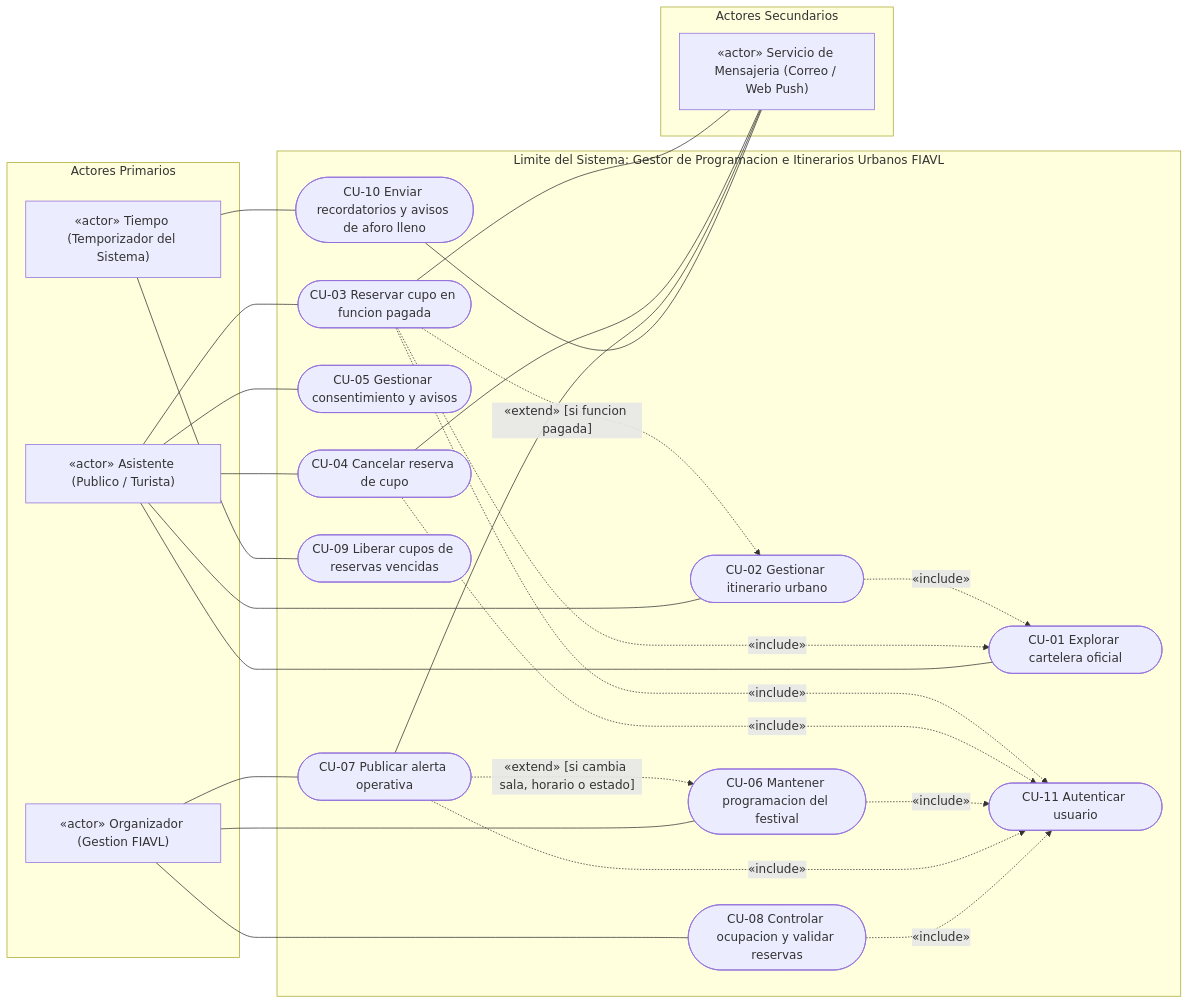
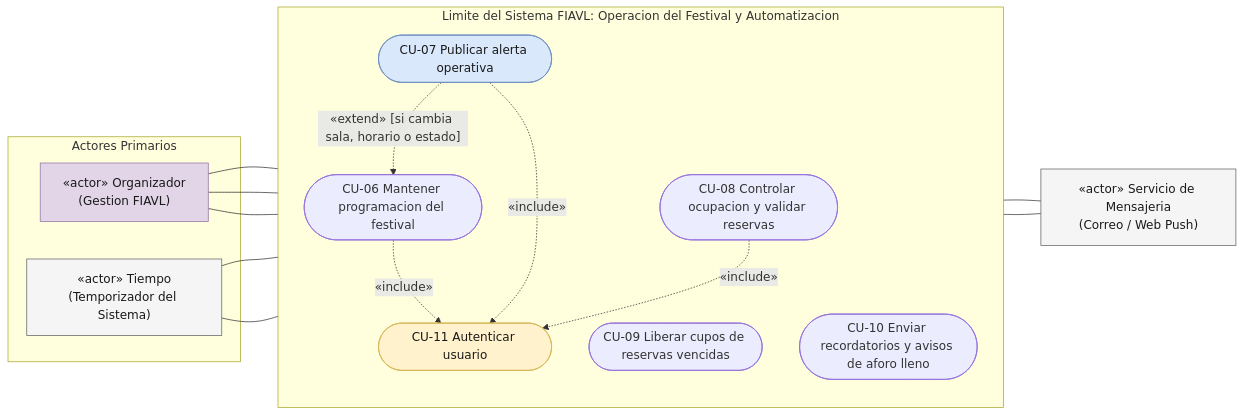
Before and after one commit to ArquitecturaSoftwareEC-UNI/FIAVL_ProyectoBIM: the second of 2 diagrams in docs/architecture/01-scenarios-view.md, drawn with Mermaid. The commit also changed other lines of this file, not shown here.

Commit message:
refactor(arch): simplificar diagramas de Vista +1 en dos vistas limpias sin cruces

````diff
--- a/docs/architecture/01-scenarios-view.md
+++ b/docs/architecture/01-scenarios-view.md
@@ -27,55 +71,40 @@
 ```mermaid
 flowchart LR
-  subgraph PRIMARIOS["Actores Primarios"]
-    ACT_ASIST["«actor» Asistente (Publico / Turista)"]
-    ACT_ORG["«actor» Organizador (Gestion FIAVL)"]
-    ACT_TIEMPO["«actor» Tiempo (Temporizador del Sistema)"]
+  subgraph PRIM_B["Actores Primarios"]
+    ACT_ORG["«actor» Organizador\n(Gestion FIAVL)"]
+    ACT_TIEMPO["«actor» Tiempo\n(Temporizador del Sistema)"]
   end
 
-  subgraph SYS["Limite del Sistema: Gestor de Programacion e Itinerarios Urbanos FIAVL"]
-    CU01(["CU-01 Explorar cartelera oficial"])
-    CU02(["CU-02 Gestionar itinerario urbano"])
-    CU03(["CU-03 Reservar cupo en funcion pagada"])
-    CU04(["CU-04 Cancelar reserva de cupo"])
-    CU05(["CU-05 Gestionar consentimiento y avisos"])
+  subgraph SYS_B["Limite del Sistema FIAVL: Operacion del Festival y Automatizacion"]
+    direction TB
     CU06(["CU-06 Mantener programacion del festival"])
     CU07(["CU-07 Publicar alerta operativa"])
     CU08(["CU-08 Controlar ocupacion y validar reservas"])
+    CU11B(["CU-11 Autenticar usuario"])
     CU09(["CU-09 Liberar cupos de reservas vencidas"])
     CU10(["CU-10 Enviar recordatorios y avisos de aforo lleno"])
-    CU11(["CU-11 Autenticar usuario"])
 
-    CU02 -. "«include»" .-> CU01
-    CU03 -. "«include»" .-> CU01
-    CU03 -. "«include»" .-> CU11
-    CU04 -. "«include»" .-> CU11
-    CU06 -. "«include»" .-> CU11
-    CU07 -. "«include»" .-> CU11
-    CU08 -. "«include»" .-> CU11
-
-    CU03 -. "«extend» [si funcion pagada]" .-> CU02
     CU07 -. "«extend» [si cambia sala, horario o estado]" .-> CU06
+    CU06 -. "«include»" .-> CU11B
+    CU07 -. "«include»" .-> CU11B
+    CU08 -. "«include»" .-> CU11B
   end
 
-  subgraph SECUNDARIOS["Actores Secundarios"]
-    ACT_MSG["«actor» Servicio de Mensajeria (Correo / Web Push)"]
-  end
-
-  ACT_ASIST --- CU01
-  ACT_ASIST --- CU02
-  ACT_ASIST --- CU03
-  ACT_ASIST --- CU04
-  ACT_ASIST --- CU05
+  ACT_MSG_B["«actor» Servicio de Mensajeria\n(Correo / Web Push)"]
 
   ACT_ORG --- CU06
   ACT_ORG --- CU07
   ACT_ORG --- CU08
 
   ACT_TIEMPO --- CU09
   ACT_TIEMPO --- CU10
 
-  CU03 --- ACT_MSG
-  CU04 --- ACT_MSG
-  CU07 --- ACT_MSG
-  CU10 --- ACT_MSG
+  CU07 --- ACT_MSG_B
+  CU10 --- ACT_MSG_B
+
+  style ACT_ORG fill:#E1D5E7,stroke:#9673A6,color:#1a1a1a
+  style ACT_TIEMPO fill:#F5F5F5,stroke:#666666,color:#1a1a1a
+  style ACT_MSG_B fill:#F5F5F5,stroke:#666666,color:#1a1a1a
+  style CU07 fill:#DAE8FC,stroke:#6C8EBF,color:#1a1a1a
+  style CU11B fill:#FFF2CC,stroke:#D6B656,color:#1a1a1a
 ```
````
